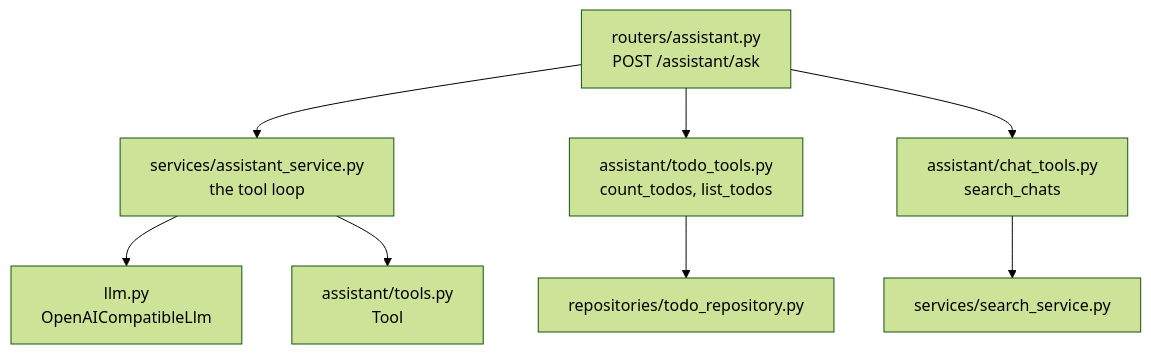
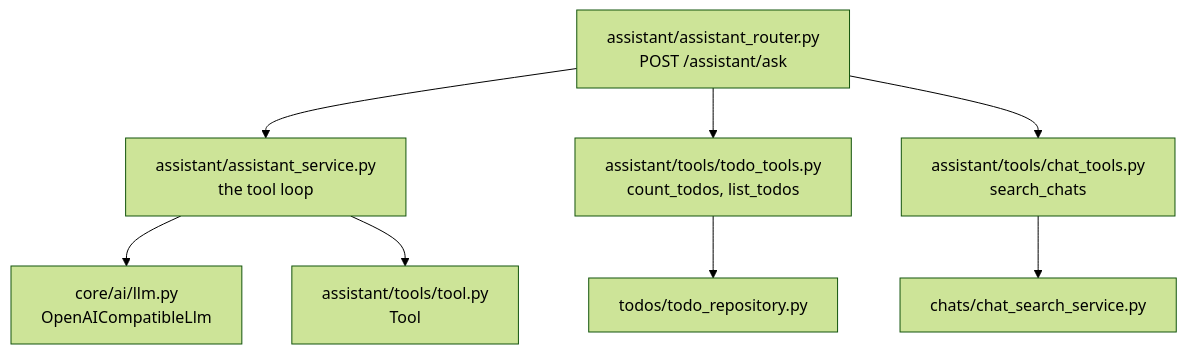
The fifth of 5 diagrams in Tutorials/fastapi-ai/docs/ask-your-data.md (wilferraciolli/PythonTutorials), drawn with Mermaid (forest theme) before and after one commit. The commit also changed other lines of this file and 236 other files, not shown here.

````diff
--- a/Tutorials/fastapi-ai/docs/ask-your-data.md
+++ b/Tutorials/fastapi-ai/docs/ask-your-data.md
@@ -206,10 +206,10 @@
 ```mermaid
 flowchart TD
-    R[routers/assistant.py<br/>POST /assistant/ask] --> S[services/assistant_service.py<br/>the tool loop]
-    S --> LLM[llm.py<br/>OpenAICompatibleLlm]
-    S --> Tools[assistant/tools.py<br/>Tool]
-    R --> TT[assistant/todo_tools.py<br/>count_todos, list_todos]
-    R --> CT[assistant/chat_tools.py<br/>search_chats]
-    TT --> TR[repositories/todo_repository.py]
-    CT --> SS[services/search_service.py]
+    R[assistant/assistant_router.py<br/>POST /assistant/ask] --> S[assistant/assistant_service.py<br/>the tool loop]
+    S --> LLM[core/ai/llm.py<br/>OpenAICompatibleLlm]
+    S --> Tools[assistant/tools/tool.py<br/>Tool]
+    R --> TT[assistant/tools/todo_tools.py<br/>count_todos, list_todos]
+    R --> CT[assistant/tools/chat_tools.py<br/>search_chats]
+    TT --> TR[todos/todo_repository.py]
+    CT --> SS[chats/chat_search_service.py]
 ```
````
